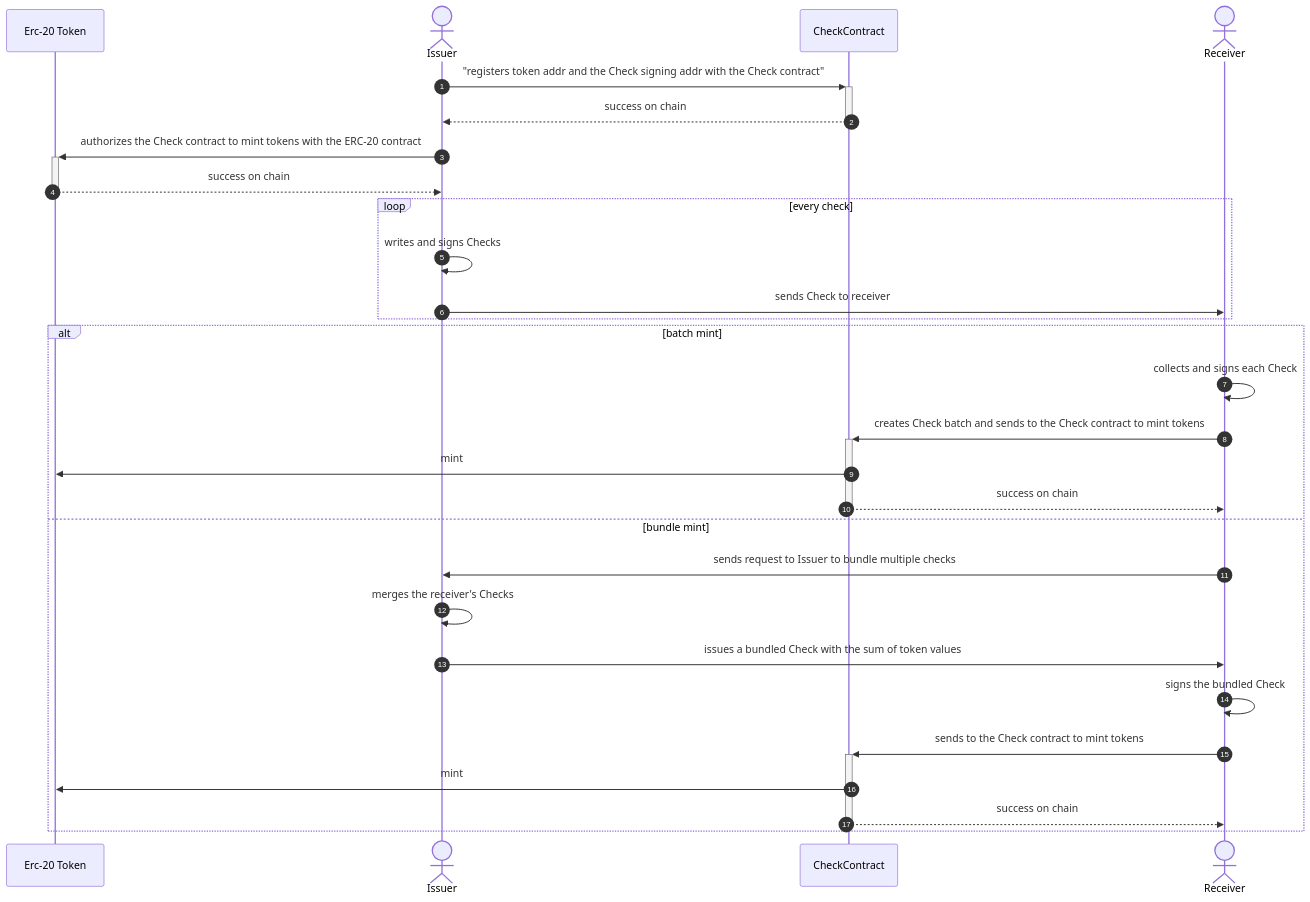
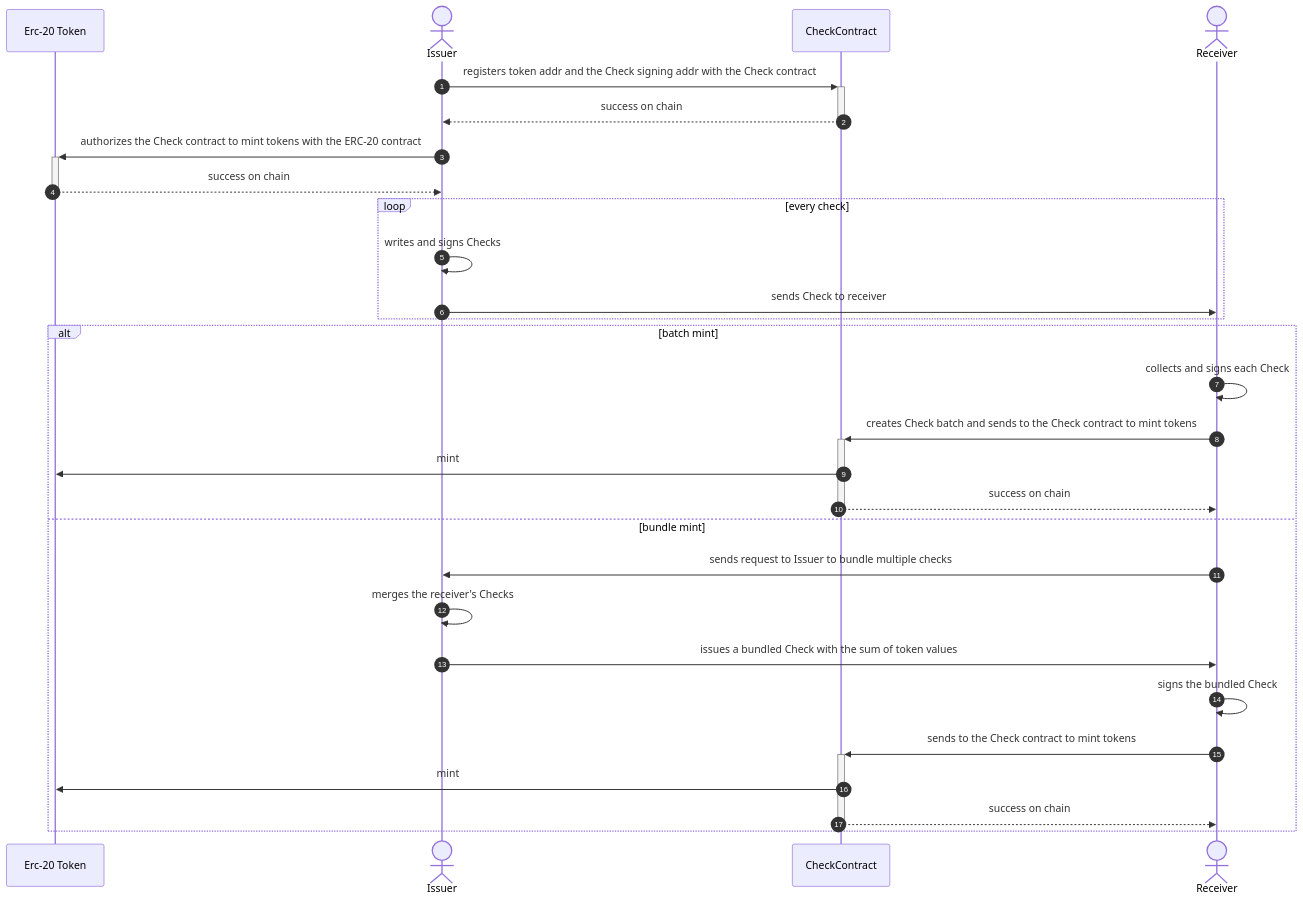
The diagram in EIPS/eip-7099.md (ethereum/EIPs), drawn with Mermaid before and after one commit. The commit also changed other lines of this file, not shown here.

````diff
--- a/EIPS/eip-7099.md
+++ b/EIPS/eip-7099.md
@@ -178,31 +178,31 @@
 ```mermaid
 sequenceDiagram
     autonumber
     participant Erc-20 Token
     actor Issuer
     participant CheckContract
     actor Receiver
 
-    Issuer->>+CheckContract: "registers token addr and the Check signing addr with the Check contract"
+    Issuer->>+CheckContract: registers token addr and the Check signing addr with the Check contract
     CheckContract-->>-Issuer: success on chain
     Issuer->>+Erc-20 Token: authorizes the Check contract to mint tokens with the ERC-20 contract
     Erc-20 Token-->>-Issuer: success on chain
     loop every check
         Issuer->>Issuer:   writes and signs Checks
         Issuer->>Receiver: sends Check to receiver
     end
     alt batch mint
         Receiver->>Receiver: collects and signs each Check
         Receiver->>+CheckContract: creates Check batch and sends to the Check contract to mint tokens
         CheckContract->>Erc-20 Token: mint
         CheckContract-->>-Receiver: success on chain
     else bundle mint
         Receiver->>Issuer: sends request to Issuer to bundle multiple checks
         Issuer->>Issuer: merges the receiver's Checks
         Issuer->>Receiver:  issues a bundled Check with the sum of token values
         Receiver->>Receiver: signs the bundled Check
         Receiver->>+CheckContract: sends to the Check contract to mint tokens
         CheckContract->>Erc-20 Token: mint
         CheckContract-->>-Receiver: success on chain
     end
 ```
````
